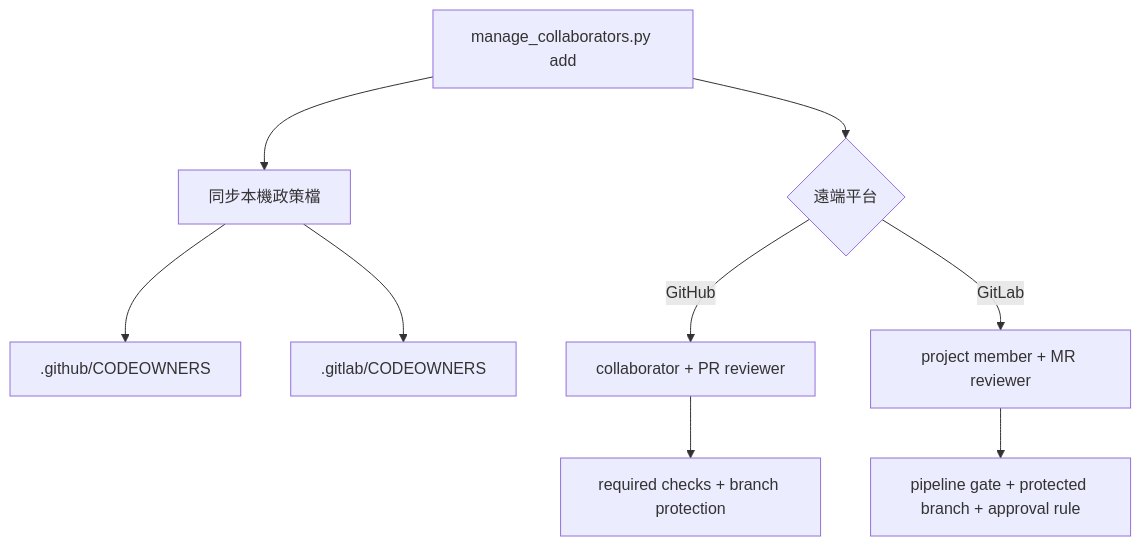
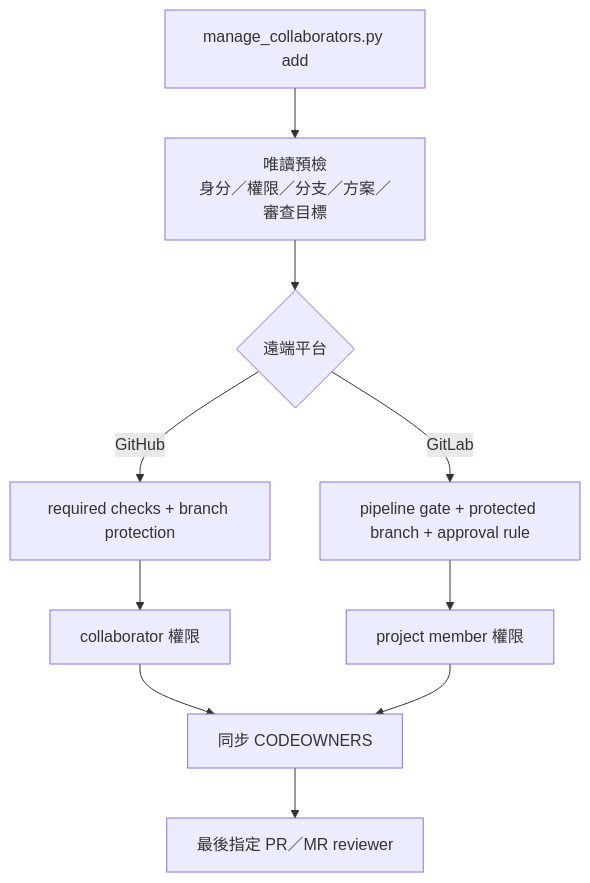
One commit to JiaChangGit/ai_dev_platform-cicd-platform changed the diagram in docs/collaborator-management.md. Above: the diagram before and after it, drawn with Mermaid. The commit also changed other lines of this file and 2 other files, not shown here.

Commit message:
fix(collaborators): protect branches before granting write

````diff
--- a/docs/collaborator-management.md
+++ b/docs/collaborator-management.md
@@ -7,11 +7,12 @@
 ```mermaid
 flowchart TD
-    A["manage_collaborators.py add"] --> B["同步本機政策檔"]
-    B --> B1[".github/CODEOWNERS"]
-    B --> B2[".gitlab/CODEOWNERS"]
-    A --> C{"遠端平台"}
-    C -->|"GitHub"| D["collaborator + PR reviewer"]
-    D --> E["required checks + branch protection"]
-    C -->|"GitLab"| F["project member + MR reviewer"]
-    F --> G["pipeline gate + protected branch + approval rule"]
+    A["manage_collaborators.py add"] --> P["唯讀預檢<br/>身分／權限／分支／方案／審查目標"]
+    P --> C{"遠端平台"}
+    C -->|"GitHub"| D["required checks + branch protection"]
+    C -->|"GitLab"| E["pipeline gate + protected branch + approval rule"]
+    D --> F["collaborator 權限"]
+    E --> G["project member 權限"]
+    F --> B["同步 CODEOWNERS"]
+    G --> B
+    B --> R["最後指定 PR／MR reviewer"]
 ```
````
